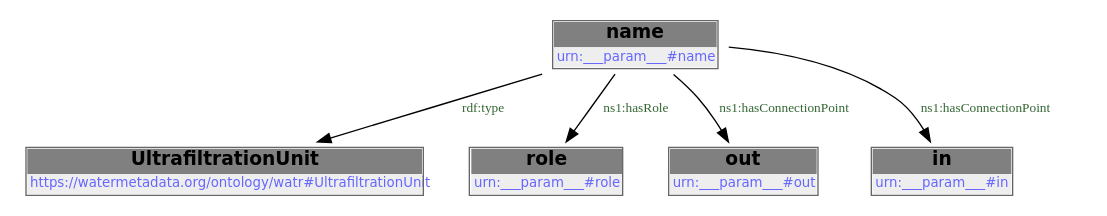
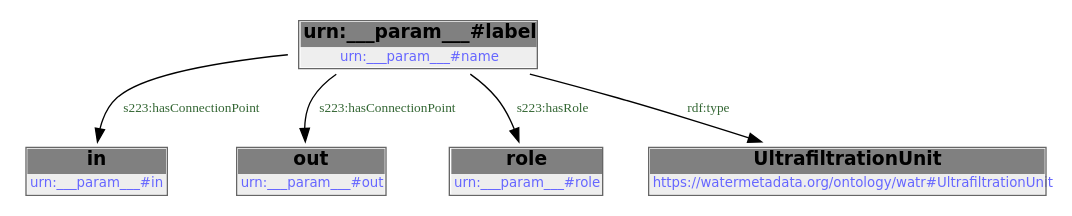
Before and after one commit to DataDrivenCPS/water-ontology: the diagram in docs/libraries/templates/uf-unit.rst, drawn with Graphviz. The commit also changed other lines of this file and 83 other files, not shown here.

```diff
--- a/docs/libraries/templates/uf-unit.rst
+++ b/docs/libraries/templates/uf-unit.rst
@@ -78,14 +78,19 @@
-        .. graphviz::
+.. graphviz::
 
-                digraph G {
-            node [fontname="DejaVu Sans"];
-            node0 -> node1 [color=BLACK, label=< <font point-size='10' color='#336633'>rdf:type</font> >];
-            node0 -> node2 [color=BLACK, label=< <font point-size='10' color='#336633'>ns1:hasRole</font> >];
-            node0 -> node3 [color=BLACK, label=< <font point-size='10' color='#336633'>ns1:hasConnectionPoint</font> >];
-            node0 -> node4 [color=BLACK, label=< <font point-size='10' color='#336633'>ns1:hasConnectionPoint</font> >];
-            node0 [shape=none, color=black, label=< <table color='#666666' cellborder='0' cellspacing='0' border='1'><tr><td colspan='2' bgcolor='grey'><B>name</B></td></tr><tr><td href='urn:___param___#name' bgcolor='#eeeeee' colspan='2'><font point-size='10' color='#6666ff'>urn:___param___#name</font></td></tr></table> >];
-            node1 [shape=none, color=black, label=< <table color='#666666' cellborder='0' cellspacing='0' border='1'><tr><td colspan='2' bgcolor='grey'><B>UltrafiltrationUnit</B></td></tr><tr><td href='https://watermetadata.org/ontology/watr#UltrafiltrationUnit' bgcolor='#eeeeee' colspan='2'><font point-size='10' color='#6666ff'>https://watermetadata.org/ontology/watr#UltrafiltrationUnit</font></td></tr></table> >];
-            node2 [shape=none, color=black, label=< <table color='#666666' cellborder='0' cellspacing='0' border='1'><tr><td colspan='2' bgcolor='grey'><B>role</B></td></tr><tr><td href='urn:___param___#role' bgcolor='#eeeeee' colspan='2'><font point-size='10' color='#6666ff'>urn:___param___#role</font></td></tr></table> >];
-            node3 [shape=none, color=black, label=< <table color='#666666' cellborder='0' cellspacing='0' border='1'><tr><td colspan='2' bgcolor='grey'><B>out</B></td></tr><tr><td href='urn:___param___#out' bgcolor='#eeeeee' colspan='2'><font point-size='10' color='#6666ff'>urn:___param___#out</font></td></tr></table> >];
-            node4 [shape=none, color=black, label=< <table color='#666666' cellborder='0' cellspacing='0' border='1'><tr><td colspan='2' bgcolor='grey'><B>in</B></td></tr><tr><td href='urn:___param___#in' bgcolor='#eeeeee' colspan='2'><font point-size='10' color='#6666ff'>urn:___param___#in</font></td></tr></table> >];
-            }
+    digraph {
+     node [ fontname="DejaVu Sans" ] ;
+        node0 -> node1 [ color=BLACK, label=< <font point-size='10' color='#336633'>s223:hasConnectionPoint</font> > ] ;
+        node0 -> node2 [ color=BLACK, label=< <font point-size='10' color='#336633'>s223:hasConnectionPoint</font> > ] ;
+        node0 -> node3 [ color=BLACK, label=< <font point-size='10' color='#336633'>s223:hasRole</font> > ] ;
+        node0 -> node4 [ color=BLACK, label=< <font point-size='10' color='#336633'>rdf:type</font> > ] ;
+    # urn:___param___#name node0
+    node0 [ shape=none, color=black label=< <table color='#666666' cellborder='0' cellspacing='0' border='1'><tr><td colspan='2' bgcolor='grey'><B>urn:___param___#label</B></td></tr><tr><td href='urn:___param___#name' bgcolor='#eeeeee' colspan='2'><font point-size='10' color='#6666ff'>urn:___param___#name</font></td></tr></table> > ]
+    # urn:___param___#in node1
+    node1 [ shape=none, color=black label=< <table color='#666666' cellborder='0' cellspacing='0' border='1'><tr><td colspan='2' bgcolor='grey'><B>in</B></td></tr><tr><td href='urn:___param___#in' bgcolor='#eeeeee' colspan='2'><font point-size='10' color='#6666ff'>urn:___param___#in</font></td></tr></table> > ]
+    # urn:___param___#out node2
+    node2 [ shape=none, color=black label=< <table color='#666666' cellborder='0' cellspacing='0' border='1'><tr><td colspan='2' bgcolor='grey'><B>out</B></td></tr><tr><td href='urn:___param___#out' bgcolor='#eeeeee' colspan='2'><font point-size='10' color='#6666ff'>urn:___param___#out</font></td></tr></table> > ]
+    # urn:___param___#role node3
+    node3 [ shape=none, color=black label=< <table color='#666666' cellborder='0' cellspacing='0' border='1'><tr><td colspan='2' bgcolor='grey'><B>role</B></td></tr><tr><td href='urn:___param___#role' bgcolor='#eeeeee' colspan='2'><font point-size='10' color='#6666ff'>urn:___param___#role</font></td></tr></table> > ]
+    # https://watermetadata.org/ontology/watr#UltrafiltrationUnit node4
+    node4 [ shape=none, color=black label=< <table color='#666666' cellborder='0' cellspacing='0' border='1'><tr><td colspan='2' bgcolor='grey'><B>UltrafiltrationUnit</B></td></tr><tr><td href='https://watermetadata.org/ontology/watr#UltrafiltrationUnit' bgcolor='#eeeeee' colspan='2'><font point-size='10' color='#6666ff'>https://watermetadata.org/ontology/watr#UltrafiltrationUnit</font></td></tr></table> > ]
+    }
```
